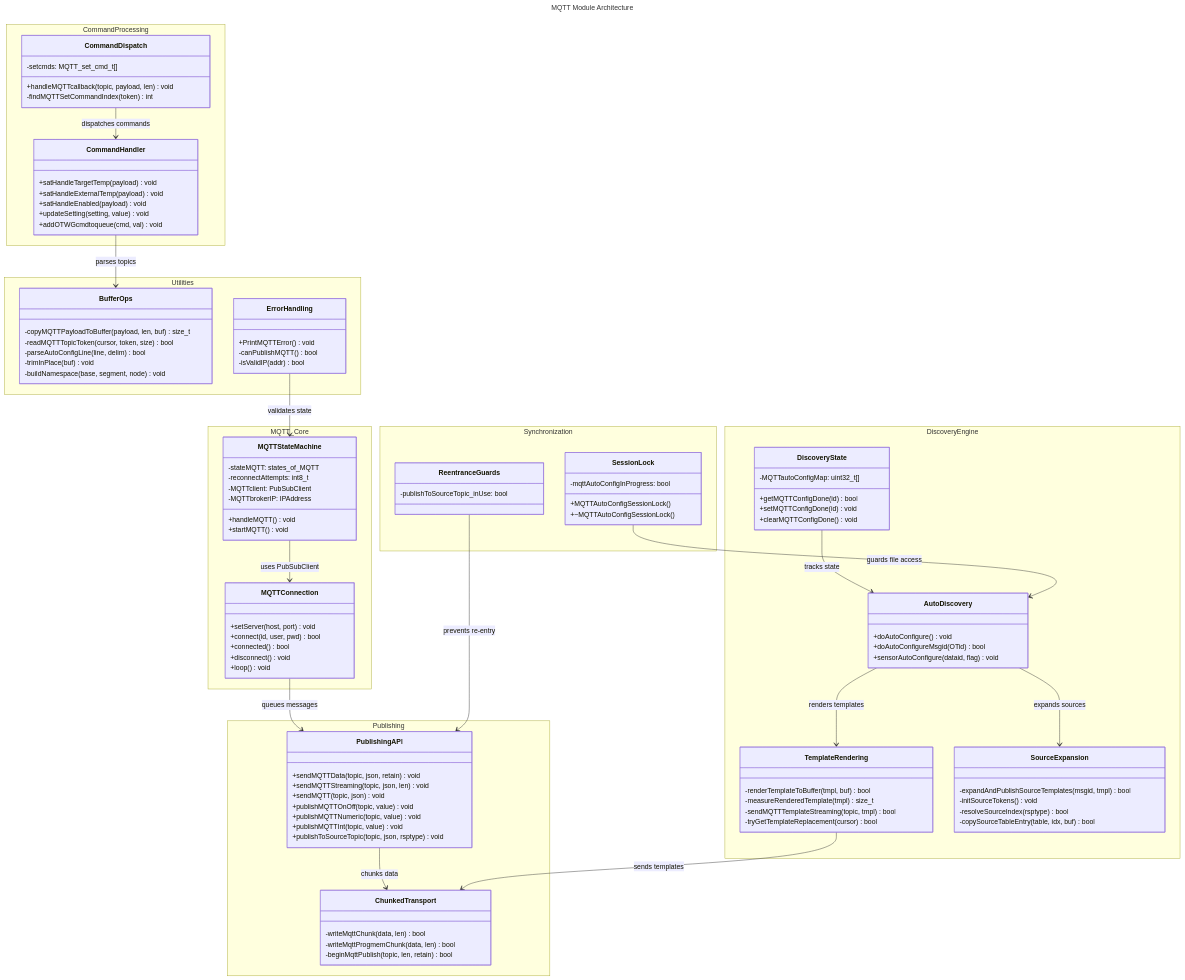
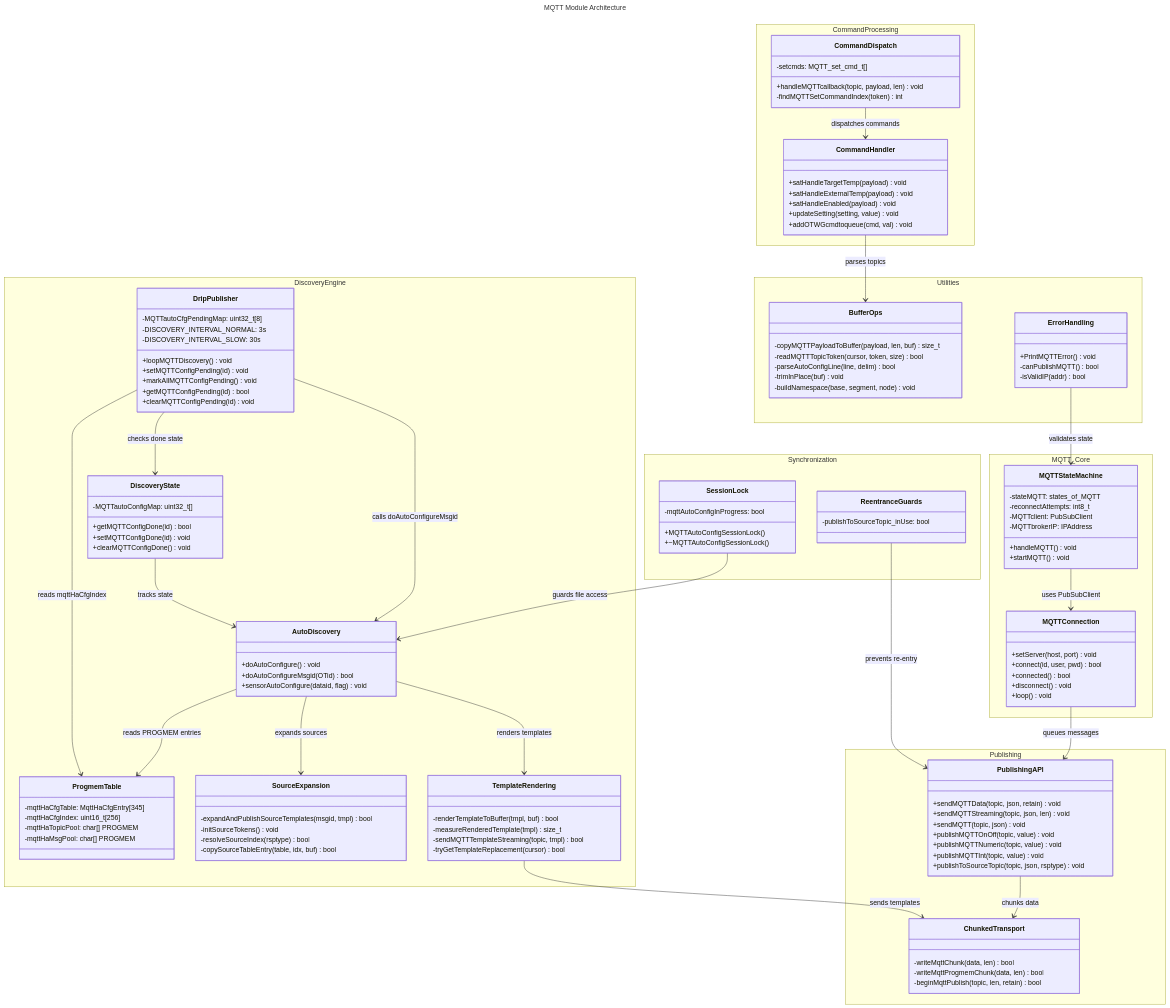
Before and after one commit to rvdbreemen/OTGW-firmware: the diagram in docs/c4/c4-code-mqtt.md, drawn with Mermaid. The commit also changed other lines of this file and 27 other files, not shown here.

```diff
--- a/docs/c4/c4-code-mqtt.md
+++ b/docs/c4/c4-code-mqtt.md
@@ -901,6 +988,24 @@
             +doAutoConfigure() void
             +doAutoConfigureMsgid(OTid) bool
             +sensorAutoConfigure(dataid, flag) void
+        }
+        
+        class DripPublisher {
+            -MQTTautoCfgPendingMap: uint32_t[8]
+            -DISCOVERY_INTERVAL_NORMAL: 3s
+            -DISCOVERY_INTERVAL_SLOW: 30s
+            +loopMQTTDiscovery() void
+            +setMQTTConfigPending(id) void
+            +markAllMQTTConfigPending() void
+            +getMQTTConfigPending(id) bool
+            +clearMQTTConfigPending(id) void
+        }
+        
+        class ProgmemTable {
+            -mqttHaCfgTable: MqttHaCfgEntry[345]
+            -mqttHaCfgIndex: uint16_t[256]
+            -mqttHaTopicPool: char[] PROGMEM
+            -mqttHaMsgPool: char[] PROGMEM
         }
         
         class DiscoveryState {
@@ -974,6 +1079,10 @@
     PublishingAPI --> ChunkedTransport : chunks data
     AutoDiscovery --> TemplateRendering : renders templates
     AutoDiscovery --> SourceExpansion : expands sources
+    AutoDiscovery --> ProgmemTable : reads PROGMEM entries
+    DripPublisher --> AutoDiscovery : calls doAutoConfigureMsgid
+    DripPublisher --> DiscoveryState : checks done state
+    DripPublisher --> ProgmemTable : reads mqttHaCfgIndex
     TemplateRendering --> ChunkedTransport : sends templates
     DiscoveryState --> AutoDiscovery : tracks state
     CommandDispatch --> CommandHandler : dispatches commands
```
